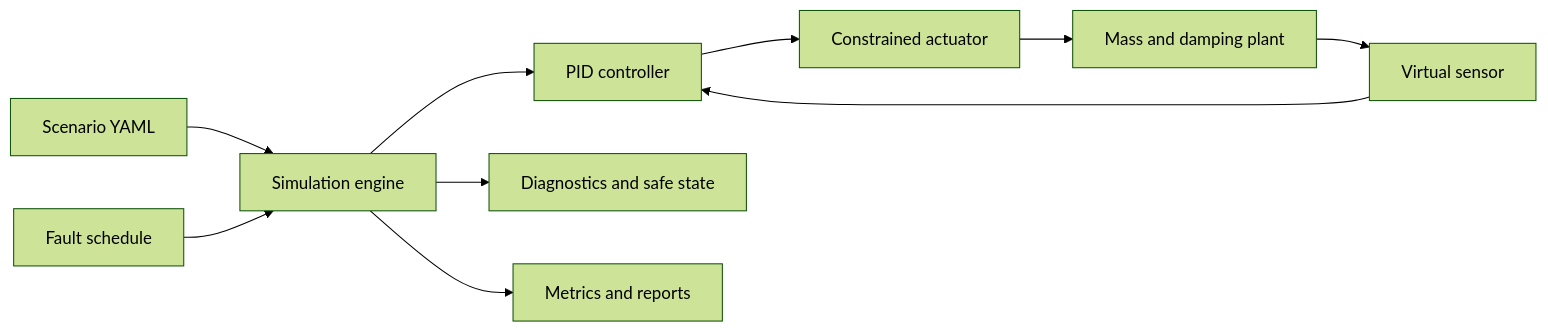
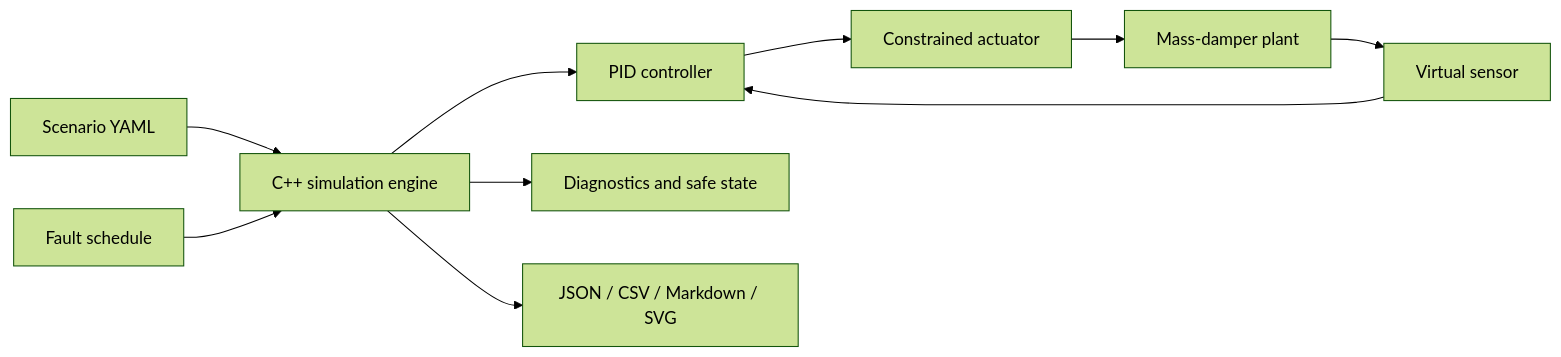
The diagram in README.md (LouayHM3/RobSim), drawn with Mermaid (forest theme) before and after one commit. The commit also changed other lines of this file and 126 other files, not shown here.

````diff
--- a/README.md
+++ b/README.md
@@ -145,12 +163,12 @@
 ```mermaid
 flowchart LR
-    Y[Scenario YAML] --> E[Simulation engine]
+    Y[Scenario YAML] --> E[C++ simulation engine]
     E --> C[PID controller]
     C --> A[Constrained actuator]
-    A --> P[Mass and damping plant]
+    A --> P[Mass-damper plant]
     P --> S[Virtual sensor]
     S --> C
     F[Fault schedule] --> E
     E --> D[Diagnostics and safe state]
-    E --> R[Metrics and reports]
+    E --> R[JSON / CSV / Markdown / SVG]
 ```
````
